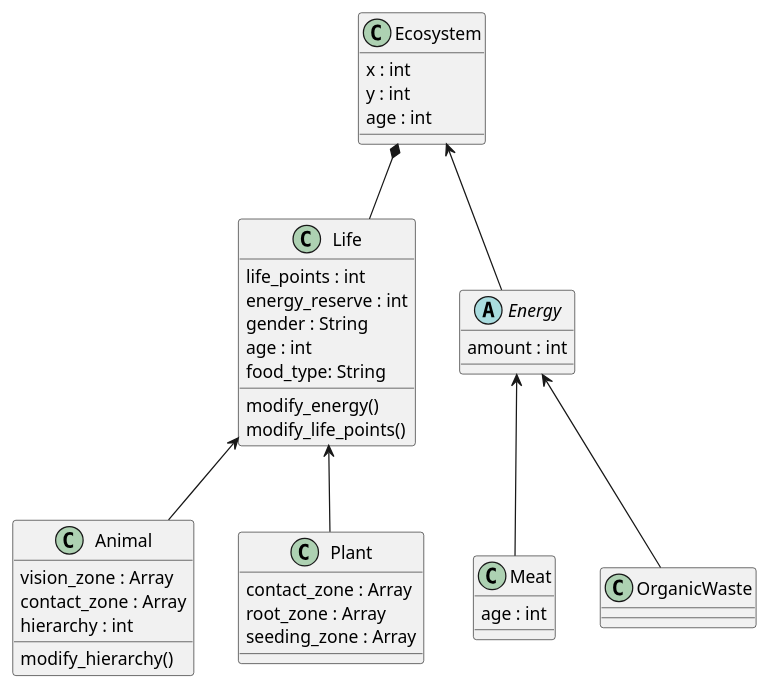
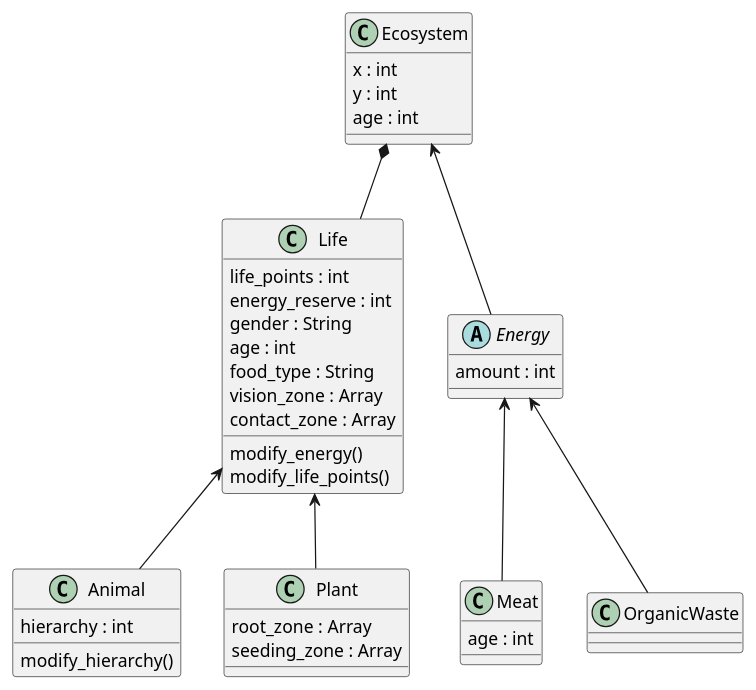
The diagram in development/class_diagram.plantuml (fred-corp/Ecosystem_PO3L_ECAM), drawn with PlantUML before and after one commit. The commit also changed 4 other files, not shown here.

```diff
--- a/development/class_diagram.plantuml
+++ b/development/class_diagram.plantuml
@@ -1,53 +1,51 @@
 @startuml
 
 Ecosystem *-- Life
 Life <-- Animal
 Life <-- Plant
 Ecosystem <-- Energy
 Energy <-- Meat
 Energy <-- OrganicWaste
 
 class Ecosystem {
     x : int
     y : int
     age : int
 }
 
 class Life {
     life_points : int
     energy_reserve : int
     gender : String
     age : int
-    food_type: String
+    food_type : String
+    vision_zone : Array
+    contact_zone : Array
     
     modify_energy()
     modify_life_points()
 }
 
 class Animal {
-    
-    vision_zone : Array
-    contact_zone : Array
     hierarchy : int
     
     modify_hierarchy()
 }
 
 class Plant {
-    contact_zone : Array
     root_zone : Array
     seeding_zone : Array
 }
 
 class Meat {
     age : int
 }
 
 class OrganicWaste {
 }
 
 abstract class Energy {
     amount : int
 }
 
 @enduml
```
